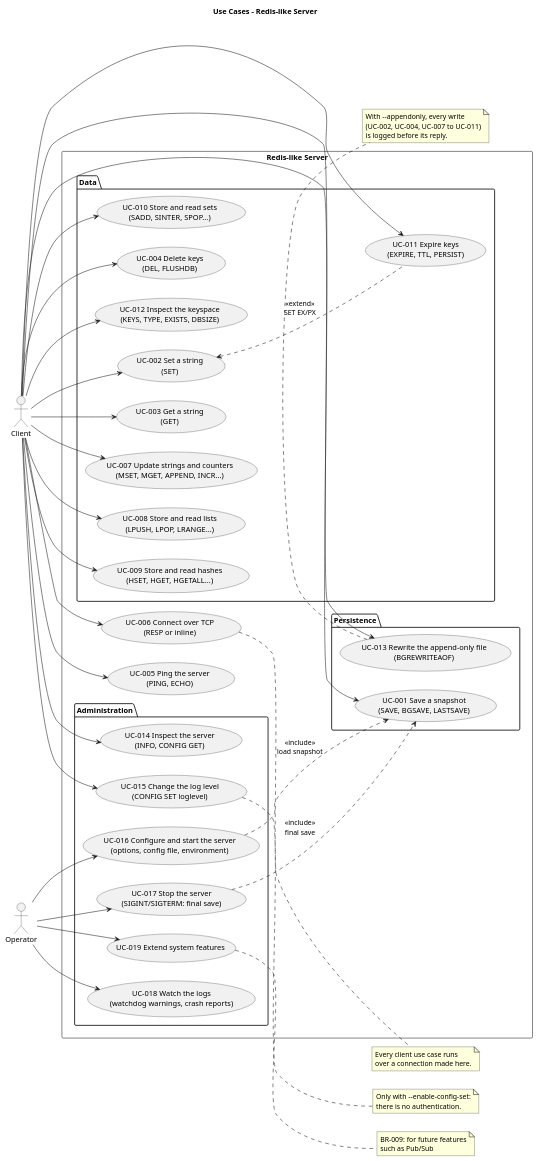
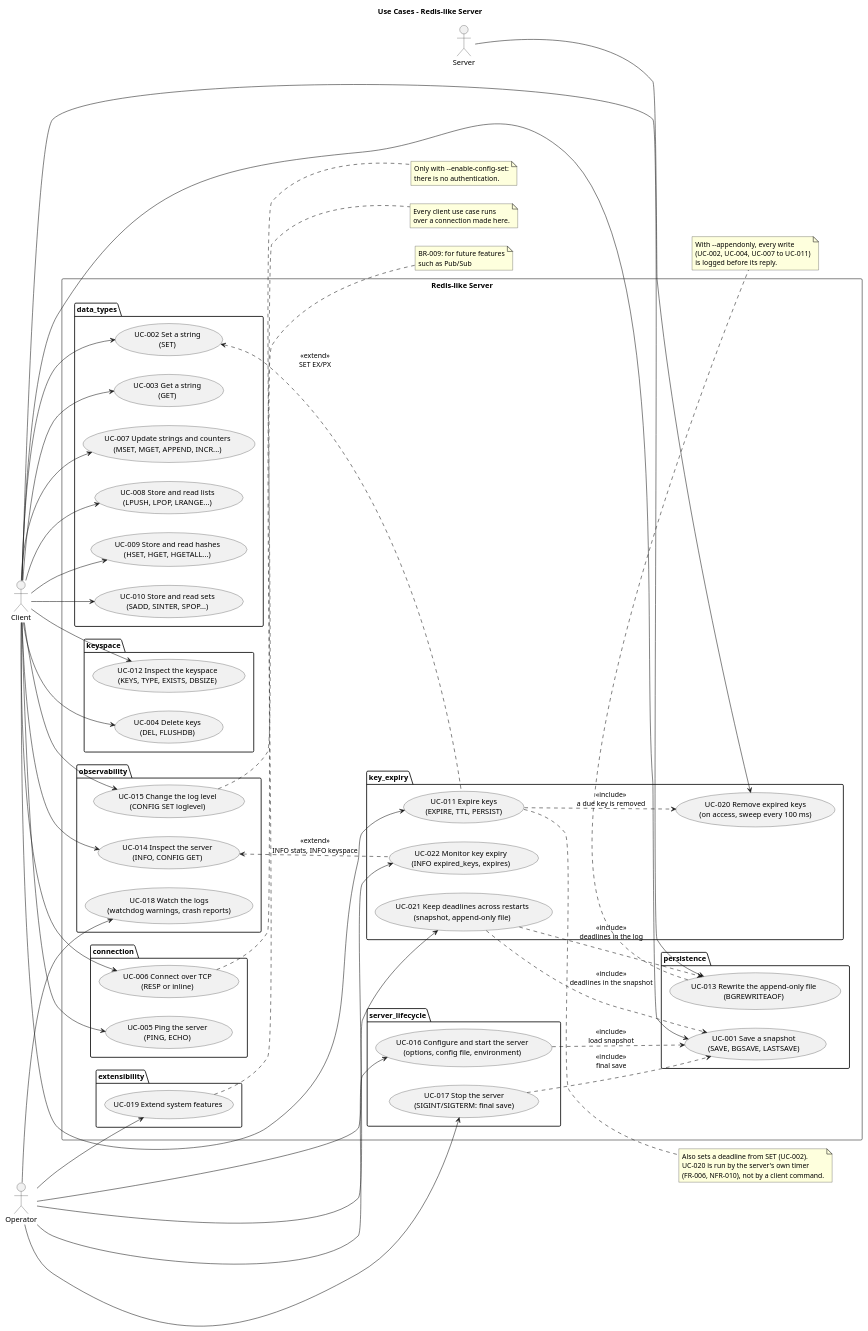
The diagram in docs/analysis/diagrams/use_case.puml (sleepyviper1213/redis), drawn with PlantUML before and after one commit. The commit also changed 127 other files, not shown here.

Commit message:
[docs] key expiry feature folder, issue index workflow, features layout

```diff
--- a/docs/analysis/diagrams/use_case.puml
+++ b/docs/analysis/diagrams/use_case.puml
@@ -1,85 +1,117 @@
 @startuml
 title Use Cases - Redis-like Server
 left to right direction
 
 actor Client
 actor Operator
+actor Server
 
 rectangle "Redis-like Server" {
-  usecase "UC-006 Connect over TCP\n(RESP or inline)" as UC006
-  usecase "UC-005 Ping the server\n(PING, ECHO)" as UC005
+  package "connection" {
+    usecase "UC-006 Connect over TCP\n(RESP or inline)" as UC006
+    usecase "UC-005 Ping the server\n(PING, ECHO)" as UC005
+  }
 
-  package "Data" {
+  package "data_types" {
     usecase "UC-002 Set a string\n(SET)" as UC002
     usecase "UC-003 Get a string\n(GET)" as UC003
     usecase "UC-007 Update strings and counters\n(MSET, MGET, APPEND, INCR...)" as UC007
     usecase "UC-008 Store and read lists\n(LPUSH, LPOP, LRANGE...)" as UC008
     usecase "UC-009 Store and read hashes\n(HSET, HGET, HGETALL...)" as UC009
     usecase "UC-010 Store and read sets\n(SADD, SINTER, SPOP...)" as UC010
+  }
+
+  package "keyspace" {
     usecase "UC-004 Delete keys\n(DEL, FLUSHDB)" as UC004
-    usecase "UC-011 Expire keys\n(EXPIRE, TTL, PERSIST)" as UC011
     usecase "UC-012 Inspect the keyspace\n(KEYS, TYPE, EXISTS, DBSIZE)" as UC012
   }
 
-  package "Persistence" {
+  package "key_expiry" {
+    usecase "UC-011 Expire keys\n(EXPIRE, TTL, PERSIST)" as UC011
+    usecase "UC-020 Remove expired keys\n(on access, sweep every 100 ms)" as UC020
+    usecase "UC-021 Keep deadlines across restarts\n(snapshot, append-only file)" as UC021
+    usecase "UC-022 Monitor key expiry\n(INFO expired_keys, expires)" as UC022
+  }
+
+  package "persistence" {
     usecase "UC-001 Save a snapshot\n(SAVE, BGSAVE, LASTSAVE)" as UC001
     usecase "UC-013 Rewrite the append-only file\n(BGREWRITEAOF)" as UC013
   }
 
-  package "Administration" {
+  package "observability" {
     usecase "UC-014 Inspect the server\n(INFO, CONFIG GET)" as UC014
     usecase "UC-015 Change the log level\n(CONFIG SET loglevel)" as UC015
+    usecase "UC-018 Watch the logs\n(watchdog warnings, crash reports)" as UC018
+  }
+
+  package "server_lifecycle" {
     usecase "UC-016 Configure and start the server\n(options, config file, environment)" as UC016
     usecase "UC-017 Stop the server\n(SIGINT/SIGTERM: final save)" as UC017
-    usecase "UC-018 Watch the logs\n(watchdog warnings, crash reports)" as UC018
+  }
+
+  package "extensibility" {
     usecase "UC-019 Extend system features" as UC019
   }
 }
 
 Client --> UC006
 Client --> UC005
 Client --> UC002
 Client --> UC003
 Client --> UC007
 Client --> UC008
 Client --> UC009
 Client --> UC010
 Client --> UC004
 Client --> UC011
 Client --> UC012
 Client --> UC001
 Client --> UC013
 Client --> UC014
 Client --> UC015
 
 Operator --> UC016
 Operator --> UC017
 Operator --> UC018
 Operator --> UC019
+Operator --> UC021
+Operator --> UC022
+
+Server --> UC020
 
 UC002 <.. UC011 : <<extend>>\nSET EX/PX
+UC011 ..> UC020 : <<include>>\na due key is removed
+UC021 ..> UC001 : <<include>>\ndeadlines in the snapshot
+UC021 ..> UC013 : <<include>>\ndeadlines in the log
 UC016 ..> UC001 : <<include>>\nload snapshot
 UC017 ..> UC001 : <<include>>\nfinal save
+UC014 <.. UC022 : <<extend>>\nINFO stats, INFO keyspace
+
+note right of UC011
+  Also sets a deadline from SET (UC-002).
+  UC-020 is run by the server's own timer
+  (FR-006, NFR-010), not by a client command.
+end note
 
 note right of UC006
   Every client use case runs
   over a connection made here.
 end note
 
 note bottom of UC013
   With --appendonly, every write
   (UC-002, UC-004, UC-007 to UC-011)
   is logged before its reply.
 end note
 
 note right of UC015
   Only with --enable-config-set:
   there is no authentication.
 end note
 
 note right of UC019
   BR-009: for future features
   such as Pub/Sub
 end note
 
 @enduml
```
